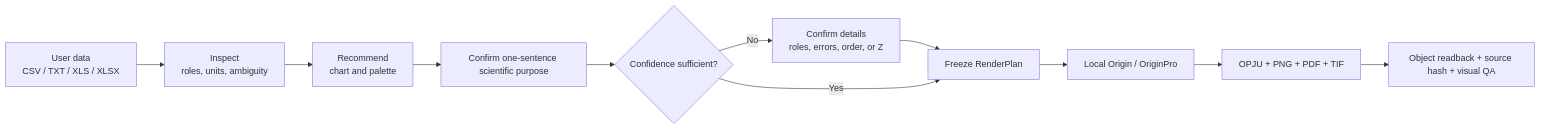
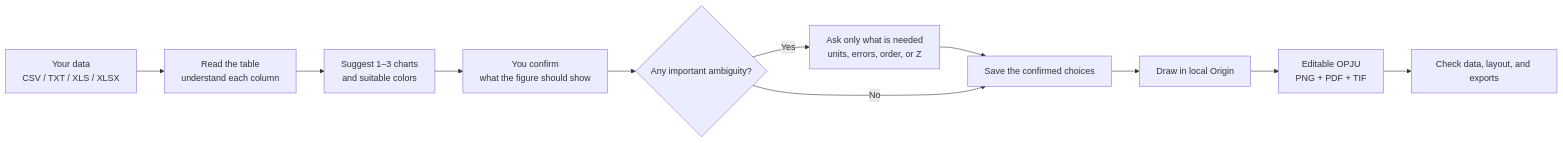
Before and after one commit to hang-jin/editaplot: the diagram in README.en.md, drawn with Mermaid. The commit also changed other lines of this file and 19 other files, not shown here.

````diff
--- a/README.en.md
+++ b/README.en.md
@@ -28,13 +28,13 @@
 ```mermaid
 flowchart LR
-    A["User data<br>CSV / TXT / XLS / XLSX"] --> B["Inspect<br>roles, units, ambiguity"]
-    B --> C["Recommend<br>chart and palette"]
-    C --> D["Confirm one-sentence scientific purpose"]
-    D --> E{"Confidence sufficient?"}
-    E -- No --> F["Confirm details<br>roles, errors, order, or Z"]
-    F --> G["Freeze RenderPlan"]
-    E -- Yes --> G
-    G --> H["Local Origin / OriginPro"]
-    H --> I["OPJU + PNG + PDF + TIF"]
-    I --> J["Object readback + source hash + visual QA"]
+    A["Your data<br>CSV / TXT / XLS / XLSX"] --> B["Read the table<br>understand each column"]
+    B --> C["Suggest 1–3 charts<br>and suitable colors"]
+    C --> D["You confirm<br>what the figure should show"]
+    D --> E{"Any important ambiguity?"}
+    E -- Yes --> F["Ask only what is needed<br>units, errors, order, or Z"]
+    F --> G["Save the confirmed choices"]
+    E -- No --> G
+    G --> H["Draw in local Origin"]
+    H --> I["Editable OPJU<br>PNG + PDF + TIF"]
+    I --> J["Check data, layout, and exports"]
 ```
````
